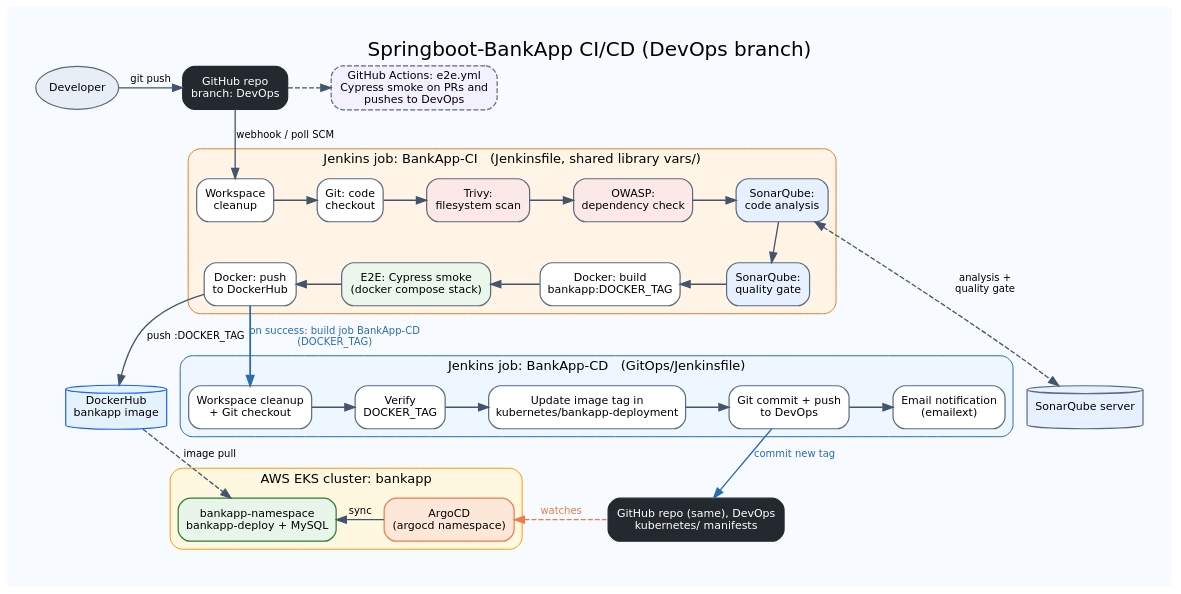
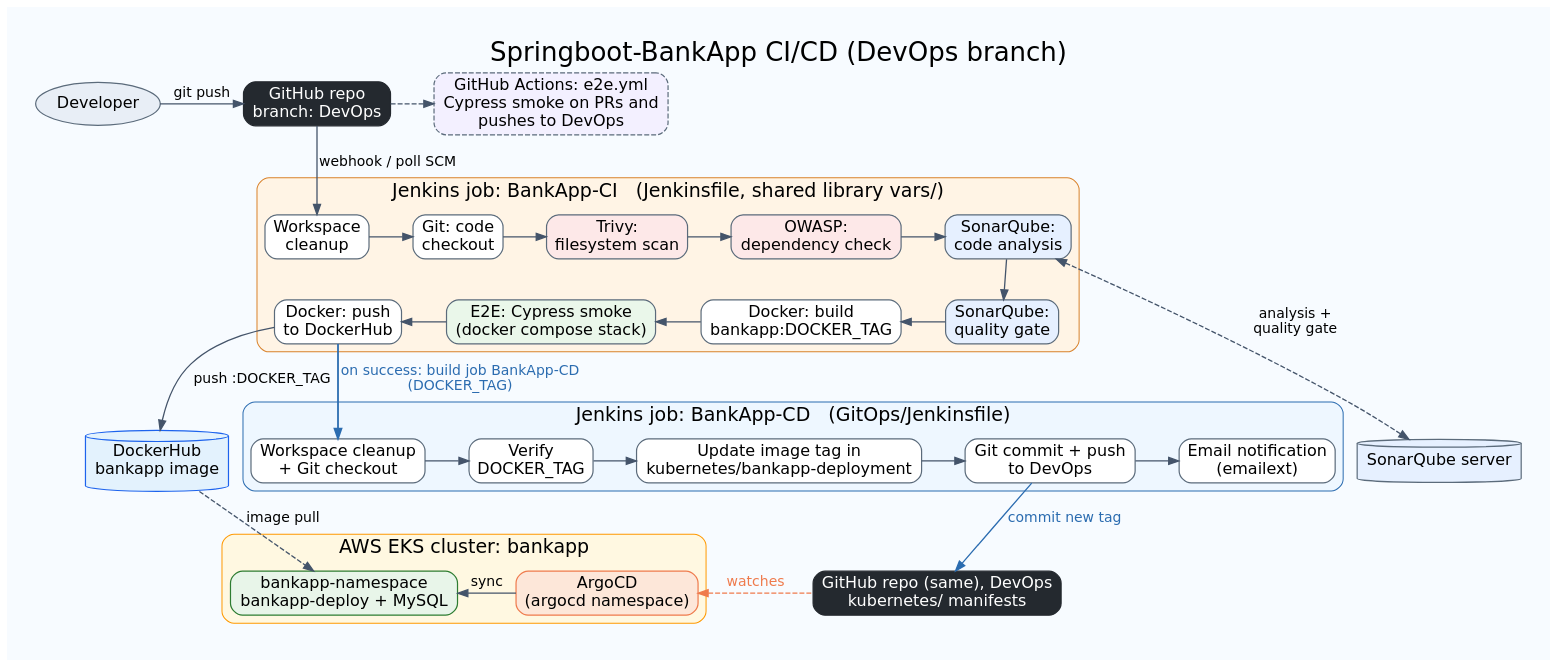
The diagram in docs/diagrams/cicd-flow.dot (COG-GTM/Springboot-BankApp), drawn with Graphviz before and after one commit. The commit also changed 3 other files, not shown here.

Commit message:
docs feature: enlarge diagram labels for inline readability

```diff
--- a/docs/diagrams/cicd-flow.dot
+++ b/docs/diagrams/cicd-flow.dot
@@ -1,68 +1,68 @@
 // CI/CD flow for the DevOps branch: Jenkins CI (Jenkinsfile) -> Jenkins CD (GitOps/Jenkinsfile) -> ArgoCD -> EKS.
 // Render with docs/diagrams/render.sh (writes images/flow.png).
 digraph cicd_flow {
   graph [rankdir=TB, newrank=true, fontname="DejaVu Sans", bgcolor="#f7fbff", pad=0.4, nodesep=0.3, ranksep=0.55,
-         label="Springboot-BankApp CI/CD (DevOps branch)", labelloc=t, fontsize=20];
-  node  [fontname="DejaVu Sans", fontsize=11, shape=box, style="rounded,filled", fillcolor=white, color="#5b6b7b", penwidth=1.2, height=0.6];
-  edge  [fontname="DejaVu Sans", fontsize=10, color="#44546a", penwidth=1.3];
+         label="Springboot-BankApp CI/CD (DevOps branch)", labelloc=t, fontsize=26];
+  node  [fontname="DejaVu Sans", fontsize=16, shape=box, style="rounded,filled", fillcolor=white, color="#5b6b7b", penwidth=1.2, height=0.6];
+  edge  [fontname="DejaVu Sans", fontsize=14, color="#44546a", penwidth=1.3];
 
   dev    [label="Developer", shape=oval, fillcolor="#e8eef6"];
   github [label="GitHub repo\nbranch: DevOps", fillcolor="#24292f", fontcolor=white, color="#24292f"];
   gha    [label="GitHub Actions: e2e.yml\nCypress smoke on PRs and\npushes to DevOps", fillcolor="#f3f0ff", style="rounded,filled,dashed"];
 
   subgraph cluster_ci {
-    label="Jenkins job: BankApp-CI   (Jenkinsfile, shared library vars/)"; style="rounded,filled"; fillcolor="#fff4e5"; color="#d9822b"; fontsize=13;
+    label="Jenkins job: BankApp-CI   (Jenkinsfile, shared library vars/)"; style="rounded,filled"; fillcolor="#fff4e5"; color="#d9822b"; fontsize=19;
     ci1 [label="Workspace\ncleanup"];
     ci2 [label="Git: code\ncheckout"];
     ci3 [label="Trivy:\nfilesystem scan", fillcolor="#fde8e8"];
     ci4 [label="OWASP:\ndependency check", fillcolor="#fde8e8"];
     ci5 [label="SonarQube:\ncode analysis", fillcolor="#e6f0ff"];
     ci6 [label="SonarQube:\nquality gate", fillcolor="#e6f0ff"];
     ci7 [label="Docker: build\nbankapp:DOCKER_TAG"];
     ci8 [label="E2E: Cypress smoke\n(docker compose stack)", fillcolor="#eaf7ea"];
     ci9 [label="Docker: push\nto DockerHub"];
     ci1 -> ci2 -> ci3 -> ci4 -> ci5;
     ci5 -> ci6;
     // second row runs right-to-left (tail-left placement + dir=back keeps the snake layout)
     ci7 -> ci6 [dir=back]; ci8 -> ci7 [dir=back]; ci9 -> ci8 [dir=back];
   }
 
   sonar     [label="SonarQube server", shape=cylinder, fillcolor="#e6f0ff"];
   dockerhub [label="DockerHub\nbankapp image", shape=cylinder, fillcolor="#e3f2fd", color="#1d63ed"];
 
   subgraph cluster_cd {
-    label="Jenkins job: BankApp-CD   (GitOps/Jenkinsfile)"; style="rounded,filled"; fillcolor="#eef7ff"; color="#2b6cb0"; fontsize=13;
+    label="Jenkins job: BankApp-CD   (GitOps/Jenkinsfile)"; style="rounded,filled"; fillcolor="#eef7ff"; color="#2b6cb0"; fontsize=19;
     cd1 [label="Workspace cleanup\n+ Git checkout"];
     cd2 [label="Verify\nDOCKER_TAG"];
     cd3 [label="Update image tag in\nkubernetes/bankapp-deployment"];
     cd4 [label="Git commit + push\nto DevOps"];
     cd5 [label="Email notification\n(emailext)"];
     cd1 -> cd2 -> cd3 -> cd4 -> cd5;
   }
 
   manifests [label="GitHub repo (same), DevOps\nkubernetes/ manifests", fillcolor="#24292f", fontcolor=white, color="#24292f"];
 
   subgraph cluster_k8s {
-    label="AWS EKS cluster: bankapp"; style="rounded,filled"; fillcolor="#fff8e1"; color="#ff9900"; fontsize=13;
+    label="AWS EKS cluster: bankapp"; style="rounded,filled"; fillcolor="#fff8e1"; color="#ff9900"; fontsize=19;
     argocd  [label="ArgoCD\n(argocd namespace)", fillcolor="#fde7d9", color="#ef7b4d"];
     bankapp [label="bankapp-namespace\nbankapp-deploy + MySQL", fillcolor="#e8f5e9", color="#2e7d32"];
     bankapp -> argocd [dir=back, label=" sync"];
   }
 
   dev -> github [label=" git push"];
   github -> ci1 [label=" webhook / poll SCM"];
   github -> gha [style=dashed];
   ci5 -> sonar [dir=both, style=dashed, label=" analysis +\n quality gate"];
   ci9 -> dockerhub [label=" push :DOCKER_TAG"];
   ci9 -> cd1 [label=" on success: build job BankApp-CD\n (DOCKER_TAG)", color="#2b6cb0", fontcolor="#2b6cb0", penwidth=1.8];
   cd4 -> manifests [label=" commit new tag", color="#2b6cb0", fontcolor="#2b6cb0"];
   argocd -> manifests [dir=back, label=" watches", style=dashed, color="#ef7b4d", fontcolor="#ef7b4d"];
   dockerhub -> bankapp [label=" image pull", style=dashed];
 
   { rank=same; dev; github; gha; }
   { rank=same; ci1; ci2; ci3; ci4; ci5; }
   { rank=same; ci6; ci7; ci8; ci9; }
   { rank=same; sonar; dockerhub; }
   { rank=same; cd1; cd2; cd3; cd4; cd5; }
   { rank=same; manifests; argocd; bankapp; }
 }
```
